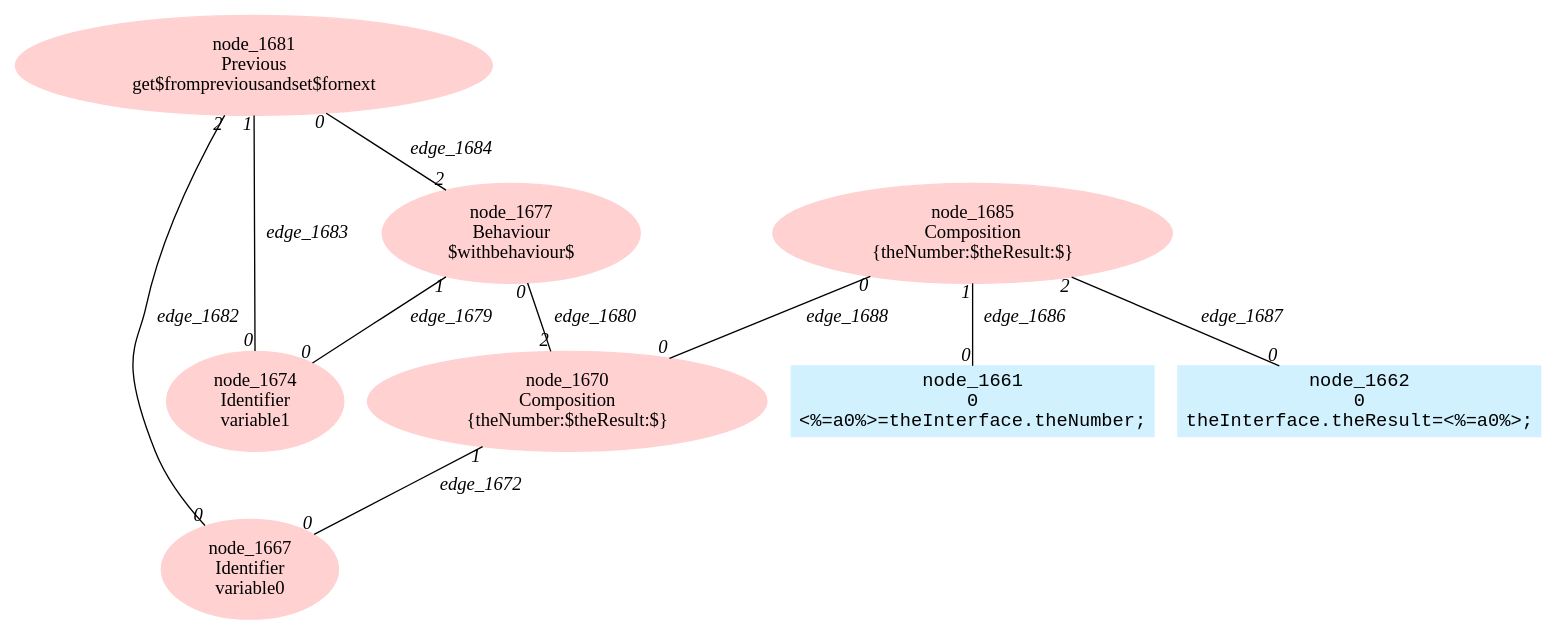
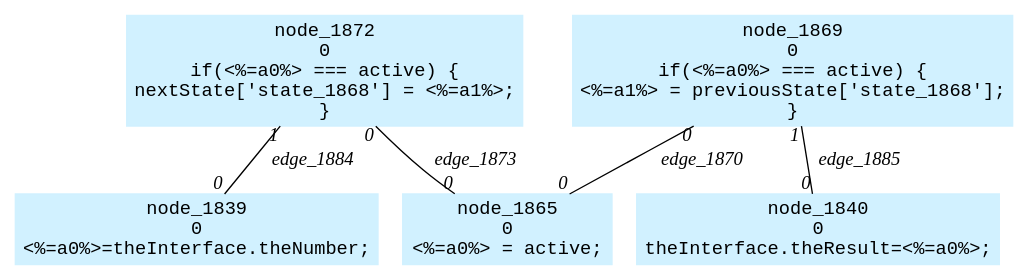
One commit to crubier/lidl changed the diagram in lidl-core/example/xtest/definitionOfPrevious/graph1.dot. Above: the diagram before and after it, drawn with Graphviz. The commit also changed 136 other files, not shown here.

```diff
--- a/lidl-core/example/xtest/definitionOfPrevious/graph1.dot
+++ b/lidl-core/example/xtest/definitionOfPrevious/graph1.dot
@@ -1,36 +1,29 @@
-digraph g{node_1667 [shape=ellipse, style=filled, color="#ffd1d1", label="node_1667
-Identifier
-variable0" ]
-node_1670 [shape=ellipse, style=filled, color="#ffd1d1", label="node_1670
-Composition
-{theNumber:$theResult:$}" ]
-node_1674 [shape=ellipse, style=filled, color="#ffd1d1", label="node_1674
-Identifier
-variable1" ]
-node_1677 [shape=ellipse, style=filled, color="#ffd1d1", label="node_1677
-Behaviour
-$withbehaviour$" ]
-node_1681 [shape=ellipse, style=filled, color="#ffd1d1", label="node_1681
-Previous
-get$frompreviousandset$fornext" ]
-node_1685 [shape=ellipse, style=filled, color="#ffd1d1", label="node_1685
-Composition
-{theNumber:$theResult:$}" ]
-node_1661 [shape=box, style=filled, color="#d1f1ff", fontname="Courier", label="node_1661
+digraph g{node_1839 [shape=box, style=filled, color="#d1f1ff", fontname="Courier", label="node_1839
 0
 <%=a0%>=theInterface.theNumber;
 " ]
-node_1662 [shape=box, style=filled, color="#d1f1ff", fontname="Courier", label="node_1662
+node_1840 [shape=box, style=filled, color="#d1f1ff", fontname="Courier", label="node_1840
 0
 theInterface.theResult=<%=a0%>;
 " ]
-node_1670 -> node_1667 [dir=none, arrowHead=none, fontname="Times-Italic", label="edge_1672",  headlabel="0", taillabel="1" ]
-node_1677 -> node_1674 [dir=none, arrowHead=none, fontname="Times-Italic", label="edge_1679",  headlabel="0", taillabel="1" ]
-node_1677 -> node_1670 [dir=none, arrowHead=none, fontname="Times-Italic", label="edge_1680",  headlabel="2", taillabel="0" ]
-node_1681 -> node_1667 [dir=none, arrowHead=none, fontname="Times-Italic", label="edge_1682",  headlabel="0", taillabel="2" ]
-node_1681 -> node_1674 [dir=none, arrowHead=none, fontname="Times-Italic", label="edge_1683",  headlabel="0", taillabel="1" ]
-node_1681 -> node_1677 [dir=none, arrowHead=none, fontname="Times-Italic", label="edge_1684",  headlabel="2", taillabel="0" ]
-node_1685 -> node_1661 [dir=none, arrowHead=none, fontname="Times-Italic", label="edge_1686",  headlabel="0", taillabel="1" ]
-node_1685 -> node_1662 [dir=none, arrowHead=none, fontname="Times-Italic", label="edge_1687",  headlabel="0", taillabel="2" ]
-node_1685 -> node_1670 [dir=none, arrowHead=none, fontname="Times-Italic", label="edge_1688",  headlabel="0", taillabel="0" ]
+node_1865 [shape=box, style=filled, color="#d1f1ff", fontname="Courier", label="node_1865
+0
+<%=a0%> = active;
+" ]
+node_1869 [shape=box, style=filled, color="#d1f1ff", fontname="Courier", label="node_1869
+0
+if(<%=a0%> === active) {
+<%=a1%> = previousState['state_1868'];
 }
+" ]
+node_1872 [shape=box, style=filled, color="#d1f1ff", fontname="Courier", label="node_1872
+0
+if(<%=a0%> === active) {
+nextState['state_1868'] = <%=a1%>;
+}
+" ]
+node_1869 -> node_1865 [dir=none, arrowHead=none, fontname="Times-Italic", label="edge_1870",  headlabel="0", taillabel="0" ]
+node_1872 -> node_1865 [dir=none, arrowHead=none, fontname="Times-Italic", label="edge_1873",  headlabel="0", taillabel="0" ]
+node_1872 -> node_1839 [dir=none, arrowHead=none, fontname="Times-Italic", label="edge_1884",  headlabel="0", taillabel="1" ]
+node_1869 -> node_1840 [dir=none, arrowHead=none, fontname="Times-Italic", label="edge_1885",  headlabel="0", taillabel="1" ]
+}
```
